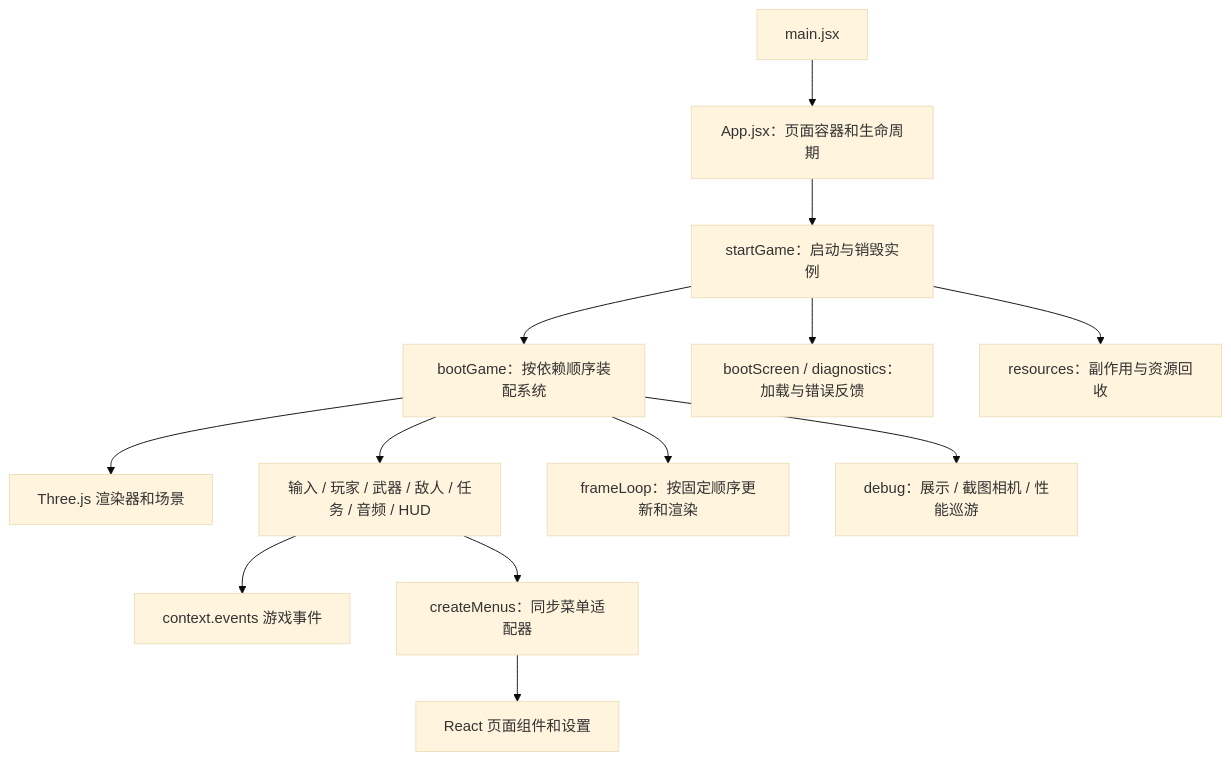
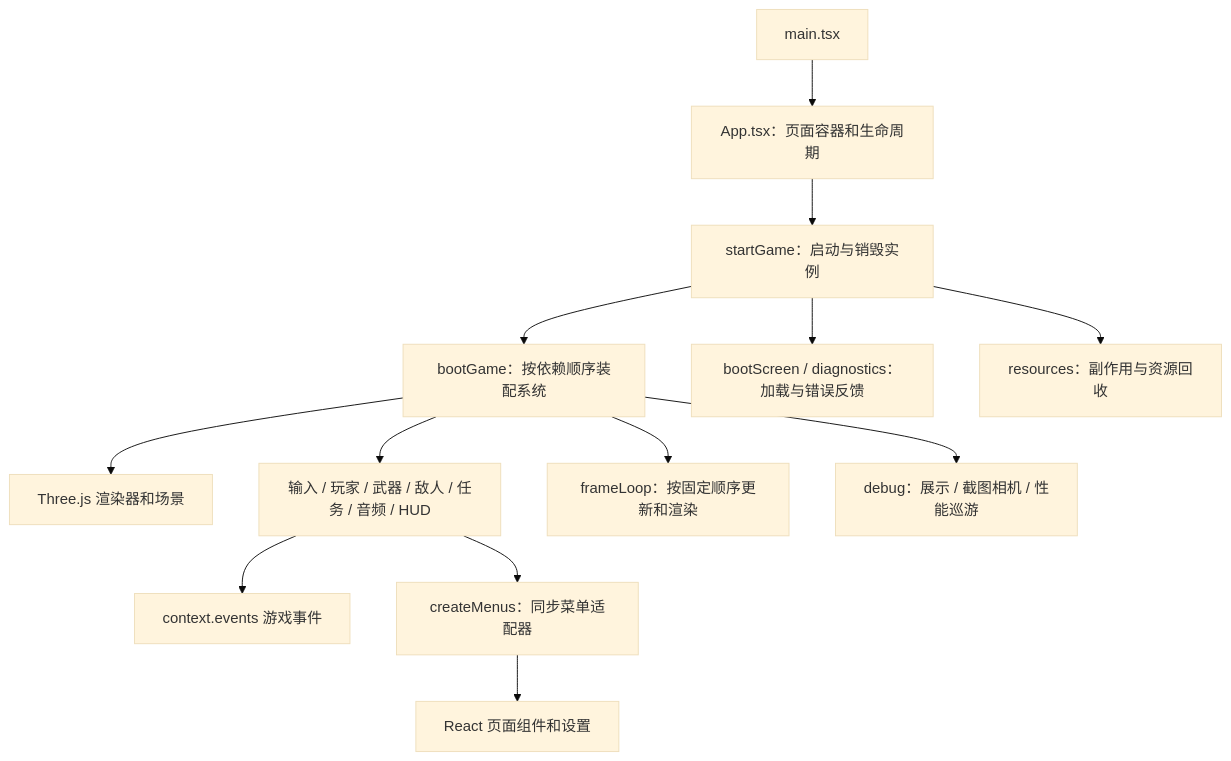
One commit to ZTaer/ai-game-analysis__saltline changed the diagram in saltline-fable-5.2-react/docs/ARCHITECTURE.md. Above: the diagram before and after it, drawn with Mermaid (base theme). The commit also changed other lines of this file and 60 other files, not shown here.

````diff
--- a/saltline-fable-5.2-react/docs/ARCHITECTURE.md
+++ b/saltline-fable-5.2-react/docs/ARCHITECTURE.md
@@ -5,15 +5,15 @@
 ```mermaid
 flowchart TD
-  Main[main.jsx] --> App[App.jsx：页面容器和生命周期]
+  Main[main.tsx] --> App[App.tsx：页面容器和生命周期]
   App --> Runtime[startGame：启动与销毁实例]
   Runtime --> Boot[bootGame：按依赖顺序装配系统]
   Runtime --> Support[bootScreen / diagnostics：加载与错误反馈]
   Runtime --> Cleanup[resources：副作用与资源回收]
   Boot --> Render[Three.js 渲染器和场景]
   Boot --> Systems[输入 / 玩家 / 武器 / 敌人 / 任务 / 音频 / HUD]
   Boot --> Loop[frameLoop：按固定顺序更新和渲染]
   Boot --> Debug[debug：展示 / 截图相机 / 性能巡游]
   Systems --> Events[context.events 游戏事件]
   Systems --> Menus[createMenus：同步菜单适配器]
   Menus --> ReactUI[React 页面组件和设置]
 ```
````
